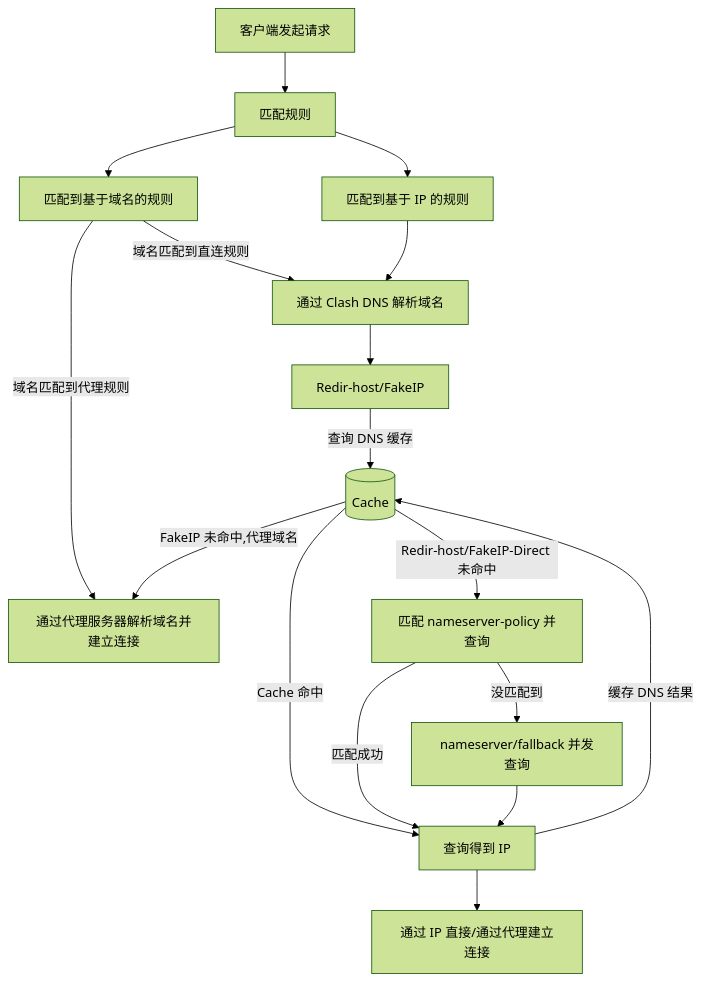
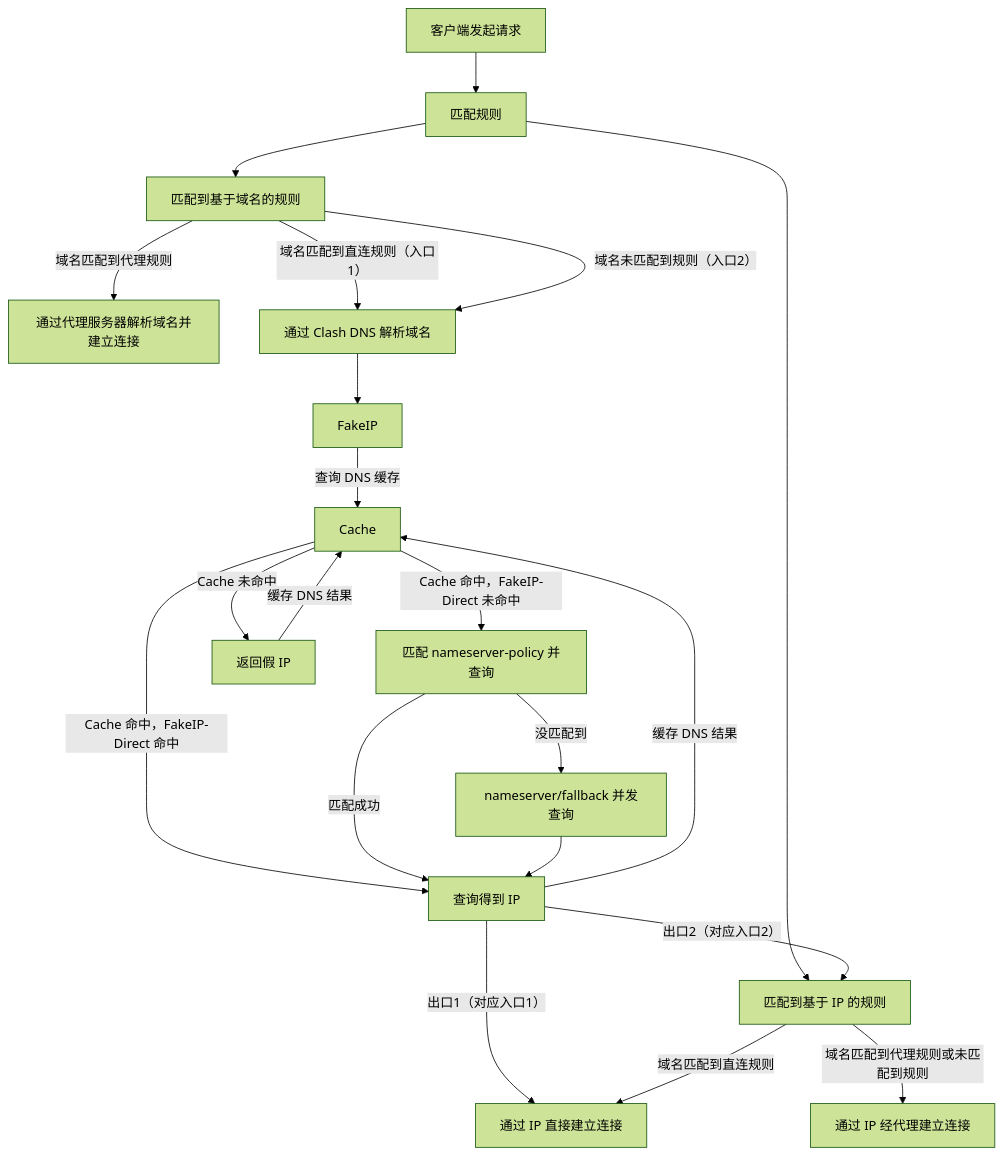
The diagram in 1.md (Jishi0/sub-rule), drawn with Mermaid (forest theme) before and after one commit.

````diff
--- a/1.md
+++ b/1.md
@@ -24,29 +24,34 @@
 ```mermaid
 flowchart TD
   Start[客户端发起请求] --> rule[匹配规则]
   rule -->  Domain[匹配到基于域名的规则]
   rule --> IP[匹配到基于 IP 的规则]
 
-  Domain --> |域名匹配到直连规则|DNS
-  IP --> DNS[通过 Clash DNS 解析域名]
+  Domain --> |域名匹配到代理规则|Remote[通过代理服务器解析域名并建立连接]
+  Domain --> |域名匹配到直连规则（入口1）|DNS[通过 Clash DNS 解析域名]
+  Domain --> |域名未匹配到规则（入口2）|DNS
+
+  DNS --> FakeIP
+  FakeIP --> |查询 DNS 缓存|Cache
+
+  Cache --> |Cache 命中，FakeIP-Direct 命中|Get[查询得到 IP]
+  Cache --> |Cache 命中，FakeIP-Direct 未命中|NS[匹配 nameserver-policy 并查询 ]
+  Cache --> |Cache 未命中|FakeGet[返回假 IP]
+
+  NS --> |匹配成功| Get
+  NS --> |没匹配到| NF[nameserver/fallback 并发查询]
+  NF --> Get
+
+  Get --> |缓存 DNS 结果|Cache
+  FakeGet --> |缓存 DNS 结果|Cache
 
 
-  Domain --> |域名匹配到代理规则|Remote[通过代理服务器解析域名并建立连接]
+  Get --> |出口1（对应入口1）|Direct[通过 IP 直接建立连接]
+  Get --> |出口2（对应入口2）|IP
 
-  Cache --> |Redir-host/FakeIP-Direct 未命中|NS[匹配 nameserver-policy 并查询 ]
-  Cache --> |Cache 命中|Get
-  Cache --> |FakeIP 未命中,代理域名|Remote
-
-  NS --> |匹配成功| Get[将查询到的 IP 用于匹配 IP 规则]
-  NS --> |没匹配到| NF[nameserver/fallback 并发查询]
-
-  NF --> Get[查询得到 IP]
-  Get --> |缓存 DNS 结果|Cache[(Cache)]
-  Get --> S[通过 IP 直接/通过代理建立连接]
-
-  DNS --> Redir-host/FakeIP
-  Redir-host/FakeIP --> |查询 DNS 缓存|Cache
+  IP --> |域名匹配到直连规则|Direct
+  IP --> |域名匹配到代理规则或未匹配到规则|Proxy[通过 IP 经代理建立连接]
 
 
 
 ```
````
